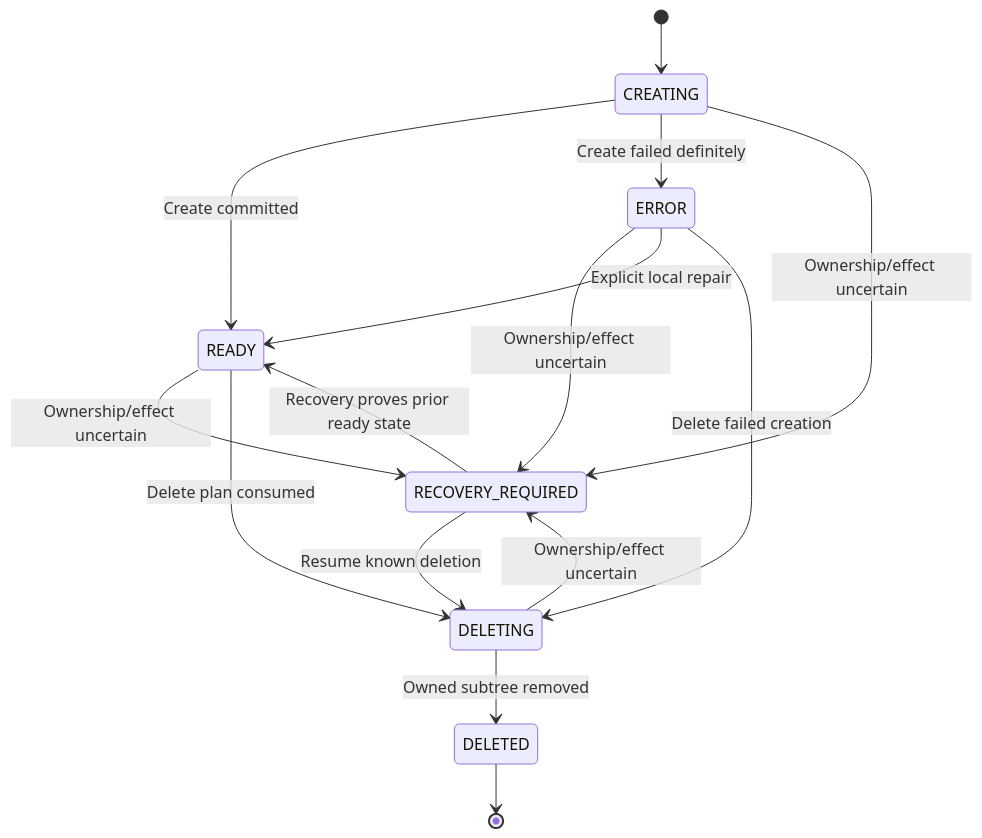
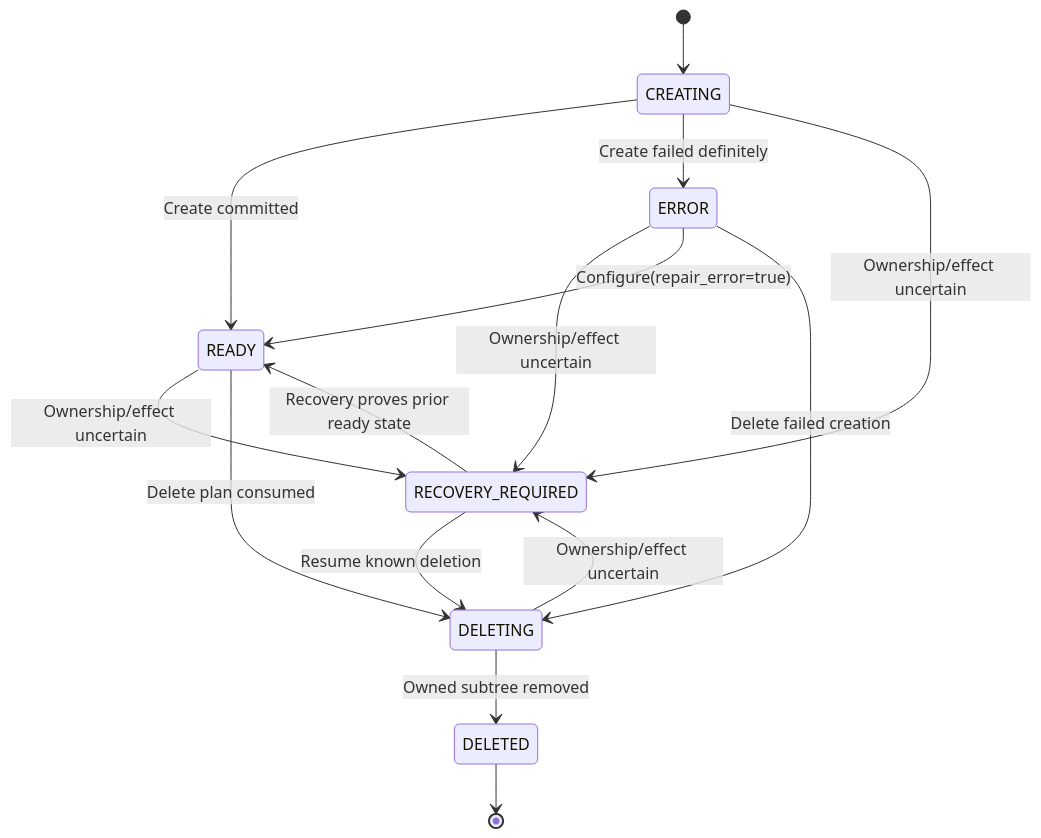
One commit to ArcForges/ArcForges-Design changed the first of 6 diagrams in docs/state-machines/README.md. Above: the diagram before and after it, drawn with Mermaid. The commit also changed other lines of this file and 28 other files, not shown here.

````diff
--- a/docs/state-machines/README.md
+++ b/docs/state-machines/README.md
@@ -22,17 +22,17 @@
 ```mermaid
 stateDiagram-v2
   [*] --> CREATING
   CREATING --> READY : Create committed
   CREATING --> ERROR : Create failed definitely
   CREATING --> RECOVERY_REQUIRED : Ownership/effect uncertain
   READY --> RECOVERY_REQUIRED : Ownership/effect uncertain
   DELETING --> RECOVERY_REQUIRED : Ownership/effect uncertain
   ERROR --> RECOVERY_REQUIRED : Ownership/effect uncertain
-  ERROR --> READY : Explicit local repair
+  ERROR --> READY : Configure(repair_error=true)
   READY --> DELETING : Delete plan consumed
   ERROR --> DELETING : Delete failed creation
   DELETING --> DELETED : Owned subtree removed
   RECOVERY_REQUIRED --> READY : Recovery proves prior ready state
   RECOVERY_REQUIRED --> DELETING : Resume known deletion
   DELETED --> [*]
 ```
````
